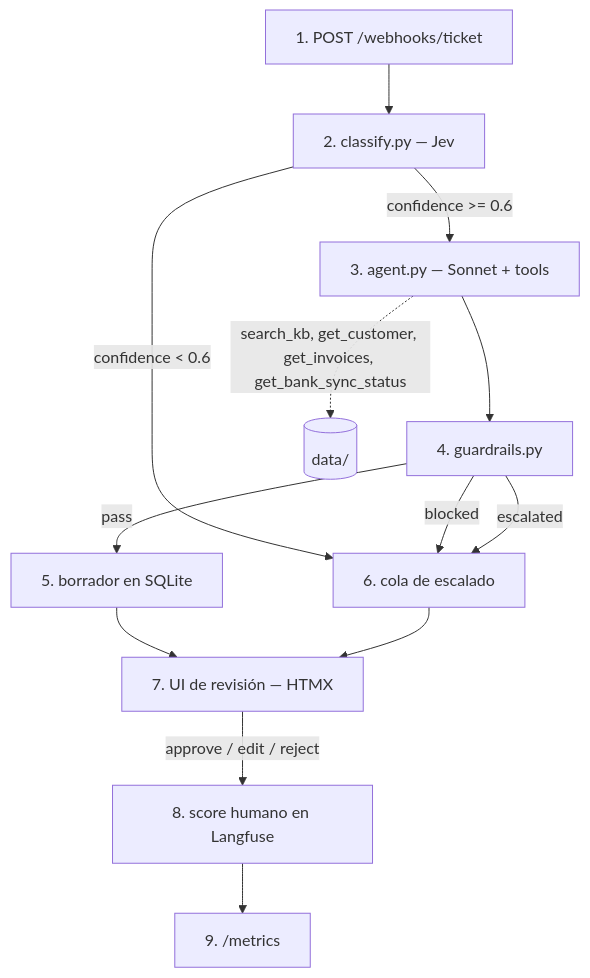
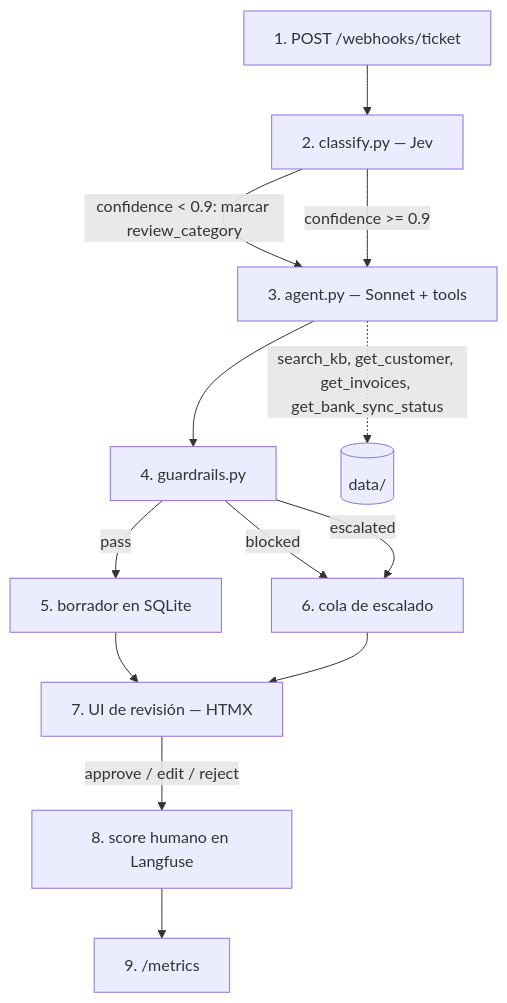
Before and after one commit to SearchingAlpha/haddock-cx-copilot: the first of 2 diagrams in PLAN.md, drawn with Mermaid. The commit also changed 9 other files, not shown here.

First line of the commit message:
refactor(pipeline): low category confidence flags review, never escalates

````diff
--- a/PLAN.md
+++ b/PLAN.md
@@ -7,15 +7,15 @@
 ```mermaid
 flowchart TD
     n1["1. POST /webhooks/ticket"] --> n2["2. classify.py — Jev"]
-    n2 -->|"confidence >= 0.6"| n3["3. agent.py — Sonnet + tools"]
-    n2 -->|"confidence < 0.6"| n6
+    n2 -->|"confidence < 0.9: marcar review_category"| n3["3. agent.py — Sonnet + tools"]
+    n2 -->|"confidence >= 0.9"| n3
     n3 --> n4["4. guardrails.py"]
     n4 -->|"blocked"| n6["6. cola de escalado"]
     n4 -->|"escalated"| n6
     n4 -->|"pass"| n5["5. borrador en SQLite"]
     n5 --> n7["7. UI de revisión — HTMX"]
     n6 --> n7
     n7 -->|"approve / edit / reject"| n8["8. score humano en Langfuse"]
     n3 -.->|"search_kb, get_customer, get_invoices, get_bank_sync_status"| T[("data/")]
     n8 --> n9["9. /metrics"]
 ```
````
